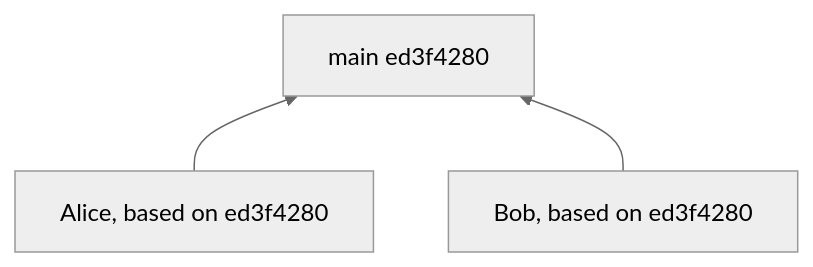
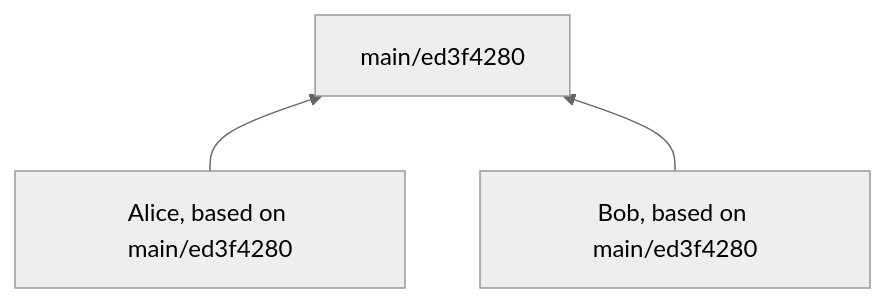
One commit to ScottArbeit/Grace changed the first of 4 diagrams in docs/Branching strategy.md. Above: the diagram before and after it, drawn with Mermaid (neutral theme). The commit also changed other lines of this file and 1 other file, not shown here.

````diff
--- a/docs/Branching strategy.md
+++ b/docs/Branching strategy.md
@@ -15,5 +29,5 @@
 ```mermaid
 flowchart BT
-    Alice[Alice, based on ed3f4280]-->main[main ed3f4280]
-    Bob[Bob, based on ed3f4280]-->main[main ed3f4280]
+    Alice[Alice, based on main/ed3f4280]-->main[main/ed3f4280]
+    Bob[Bob, based on main/ed3f4280]-->main[main/ed3f4280]
 ```
````
